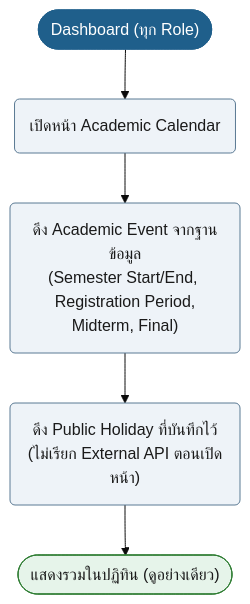
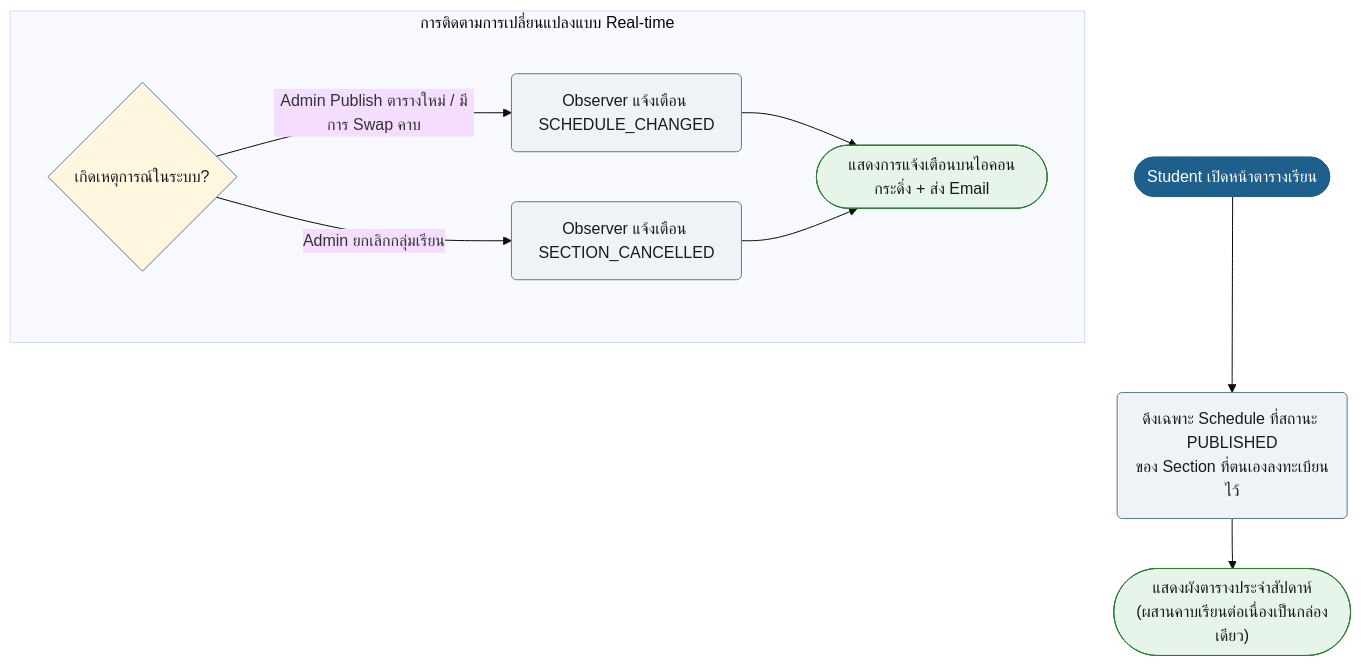
The sixth of 19 diagrams in doc/diagram/Userflow_diagram.md (synthesixer/AcadOS), drawn with Mermaid (base theme) before and after one commit. The commit also changed other lines of this file and 8 other files, not shown here.

````diff
--- a/doc/diagram/Userflow_diagram.md
+++ b/doc/diagram/Userflow_diagram.md
@@ -256,18 +240,21 @@
 ```mermaid
 flowchart TD
-    n1(["Dashboard (ทุก Role)"]):::start
-    n2("เปิดหน้า Academic Calendar"):::act
-    n3("ดึง Academic Event จากฐานข้อมูล<br/>(Semester Start/End, Registration Period,<br/>Midterm, Final)"):::act
-    n4("ดึง Public Holiday ที่บันทึกไว้<br/>(ไม่เรียก External API ตอนเปิดหน้า)"):::act
-    n5(["แสดงรวมในปฏิทิน (ดูอย่างเดียว)"]):::ok
+    n1(["Student เปิดหน้าตารางเรียน"]):::start
+    n2("ดึงเฉพาะ Schedule ที่สถานะ PUBLISHED<br/>ของ Section ที่ตนเองลงทะเบียนไว้"):::act
     n1 --> n2
+    n3(["แสดงผังตารางประจำสัปดาห์<br/>(ผสานคาบเรียนต่อเนื่องเป็นกล่องเดียว)"]):::ok
     n2 --> n3
-    n3 --> n4
-    n4 --> n5
+
+    subgraph Background_Observer ["การติดตามการเปลี่ยนแปลงแบบ Real-time"]
+        ev{"เกิดเหตุการณ์ในระบบ?"}:::dec
+        ev -->|Admin Publish ตารางใหม่ / มีการ Swap คาบ| ev_chg("Observer แจ้งเตือน SCHEDULE_CHANGED"):::act
+        ev -->|Admin ยกเลิกกลุ่มเรียน| ev_can("Observer แจ้งเตือน SECTION_CANCELLED"):::act
+        ev_chg --> pop(["แสดงการแจ้งเตือนบนไอคอนกระดิ่ง + ส่ง Email"]):::ok
+        ev_can --> pop
+    end
+
     classDef start fill:#1F5F8B,stroke:#1F5F8B,color:#fff
     classDef act fill:#EEF3F8,stroke:#5B7A94,color:#1a1a1a
     classDef dec fill:#FFF6E0,stroke:#5B7A94,color:#1a1a1a
-    classDef bad fill:#FCE8E6,stroke:#C0392B,color:#1a1a1a
     classDef ok fill:#E6F4EA,stroke:#2E7D32,color:#1a1a1a
-    classDef note fill:#F4F4F4,stroke:#999,color:#1a1a1a
 ```
````
